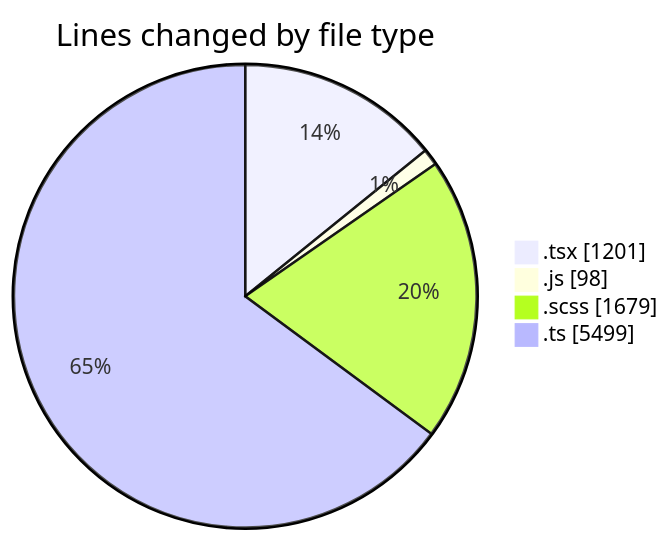
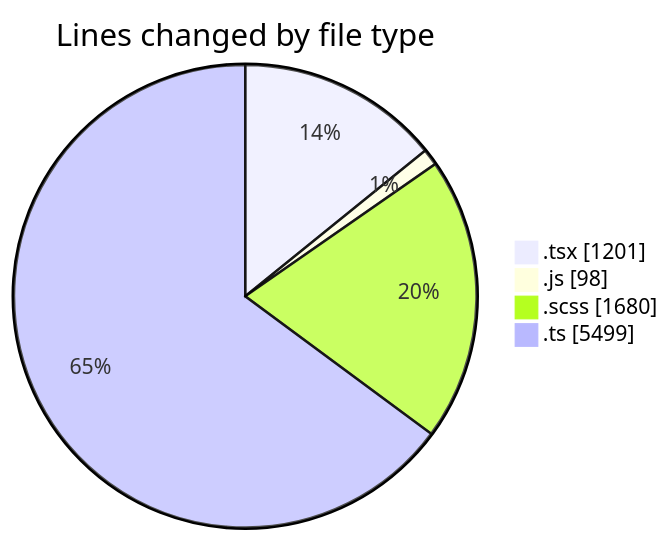
The first of 2 diagrams in 2025-03-31/cda/README.md (momahboobian/code-tracking), drawn with Mermaid before and after one commit. The commit also changed other lines of this file and 1 other file, not shown here.

````diff
--- a/2025-03-31/cda/README.md
+++ b/2025-03-31/cda/README.md
@@ -39,8 +39,8 @@
 ```mermaid
 pie showData
 title Lines changed by file type
 ".tsx" : 1201
 ".js" : 98
-".scss" : 1679
+".scss" : 1680
 ".ts" : 5499
 ```
````
